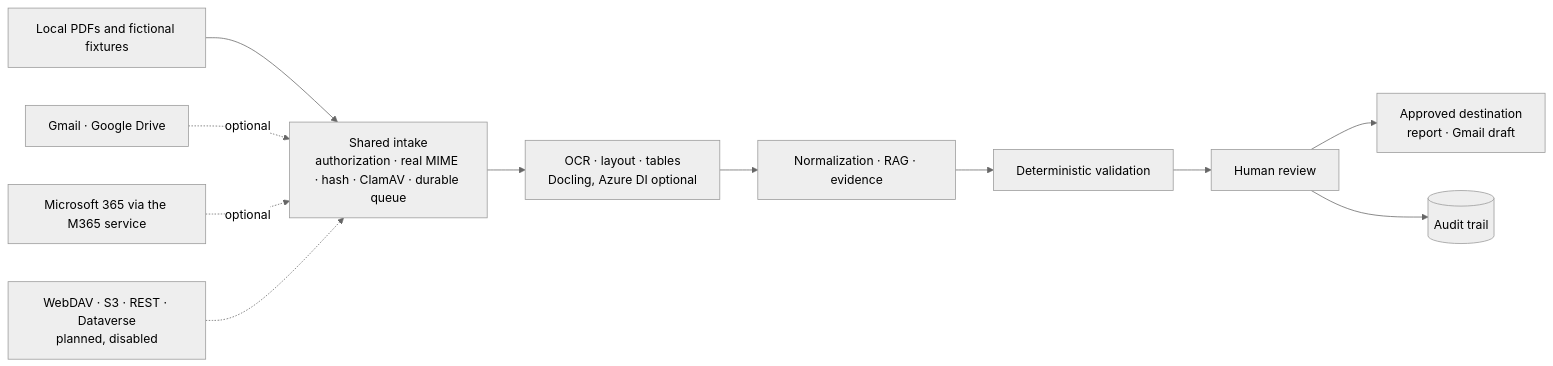
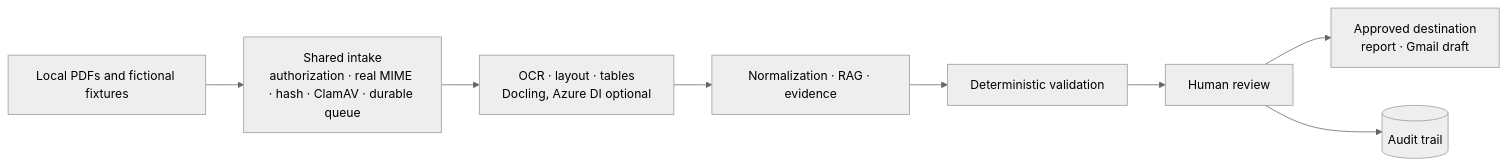
One commit to quocvietphung/document-intelligence-lab changed the first of 2 diagrams in README.md. Above: the diagram before and after it, drawn with Mermaid (neutral theme). The commit also changed other lines of this file and 38 other files, not shown here.

First line of the commit message:
feat(workspace): AI task guide, Control Tower charts and local sources

````diff
--- a/README.md
+++ b/README.md
@@ -16,13 +24,10 @@
 ```mermaid
 flowchart LR
     L[Local PDFs and fictional fixtures] --> P
-    G[Gmail · Google Drive] -. optional .-> P
-    M[Microsoft 365 via the M365 service] -. optional .-> P
-    F[WebDAV · S3 · REST · Dataverse<br/>planned, disabled] -.-> P
     P[Shared intake<br/>authorization · real MIME · hash · ClamAV · durable queue] --> X[OCR · layout · tables<br/>Docling, Azure DI optional]
     X --> E[Normalization · RAG · evidence]
     E --> V[Deterministic validation]
     V --> H[Human review]
     H --> D[Approved destination<br/>report · Gmail draft]
     H --> A[(Audit trail)]
 ```
````
